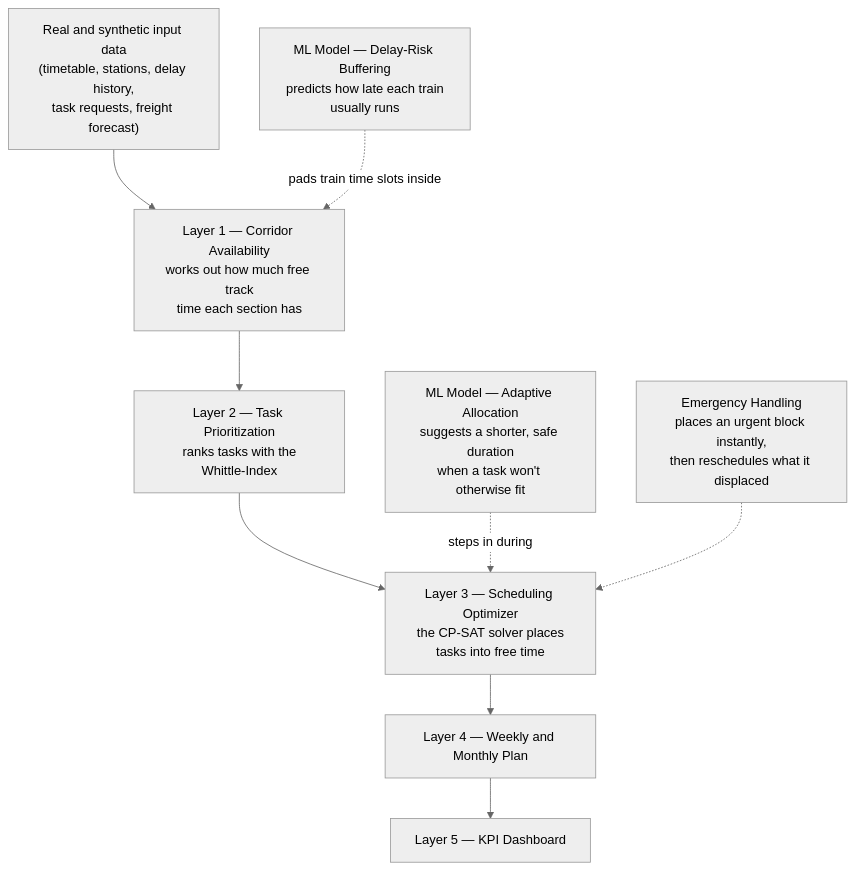
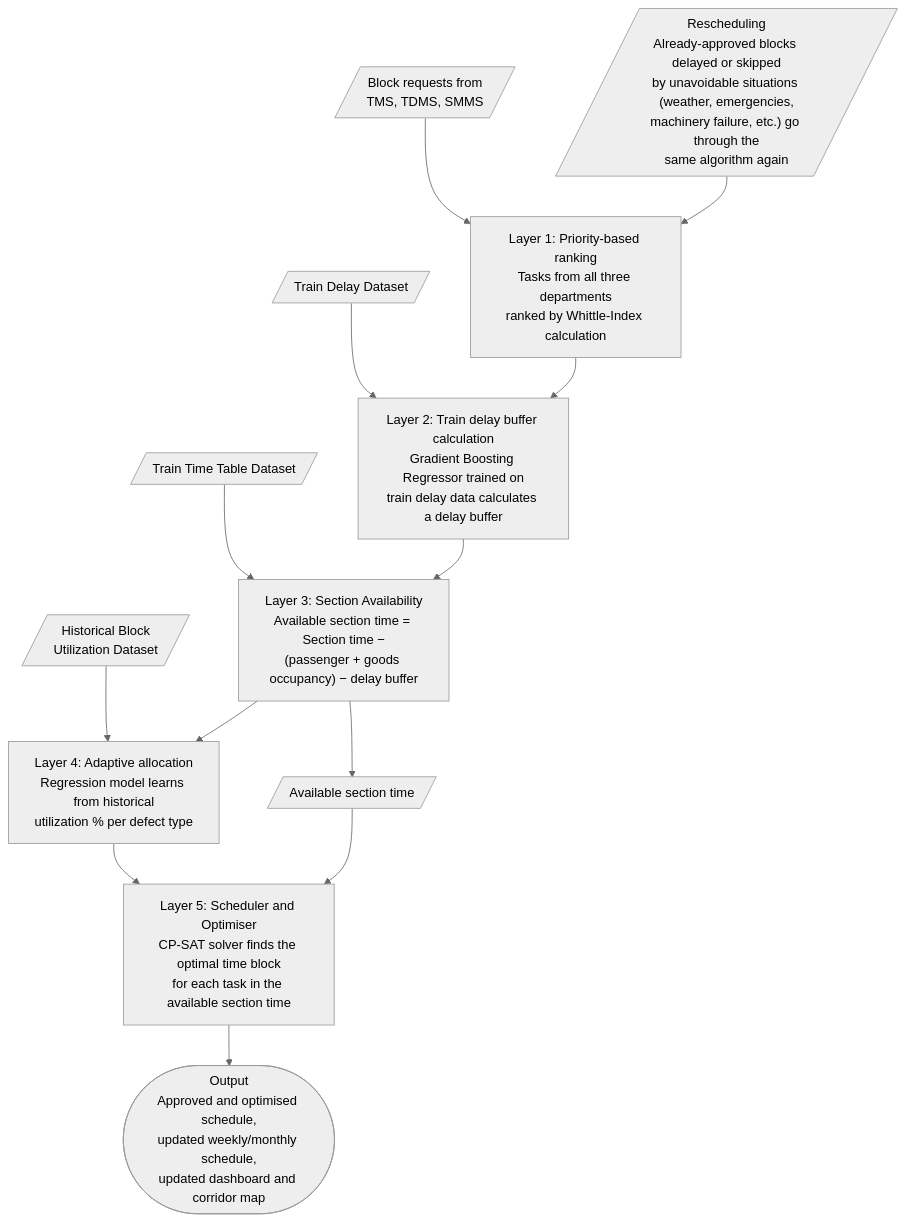
One commit to sairam-s21/Cookies4U_SIH26027 changed the diagram in README.md. Above: the diagram before and after it, drawn with Mermaid (neutral theme). The commit also changed other lines of this file, not shown here.

Commit message:
Rewrite README workflow diagram to match the PPT, drop architecture section

````diff
--- a/README.md
+++ b/README.md
@@ -51,20 +51,27 @@
 ```mermaid
 flowchart TD
-    Data["Real and synthetic input data<br/>(timetable, stations, delay history,<br/>task requests, freight forecast)"]
+    D1[/"Block requests from<br/>TMS, TDMS, SMMS"/]
+    D2[/"Train Delay Dataset"/]
+    D3[/"Train Time Table Dataset"/]
+    D4[/"Historical Block<br/>Utilization Dataset"/]
+    D5[/"Available section time"/]
 
-    L1["Layer 1 — Corridor Availability<br/>works out how much free track<br/>time each section has"]
-    L2["Layer 2 — Task Prioritization<br/>ranks tasks with the<br/>Whittle-Index"]
-    L3["Layer 3 — Scheduling Optimizer<br/>the CP-SAT solver places<br/>tasks into free time"]
-    L4["Layer 4 — Weekly and Monthly Plan"]
-    L5["Layer 5 — KPI Dashboard"]
+    L1["Layer 1: Priority-based ranking<br/>Tasks from all three departments<br/>ranked by Whittle-Index calculation"]
+    L2["Layer 2: Train delay buffer calculation<br/>Gradient Boosting Regressor trained on<br/>train delay data calculates a delay buffer"]
+    L3["Layer 3: Section Availability<br/>Available section time = Section time −<br/>(passenger + goods occupancy) − delay buffer"]
+    L4["Layer 4: Adaptive allocation<br/>Regression model learns from historical<br/>utilization % per defect type"]
+    L5["Layer 5: Scheduler and Optimiser<br/>CP-SAT solver finds the optimal time block<br/>for each task in the available section time"]
 
-    ML1["ML Model — Delay-Risk Buffering<br/>predicts how late each train<br/>usually runs"]
-    ML2["ML Model — Adaptive Allocation<br/>suggests a shorter, safe duration<br/>when a task won't otherwise fit"]
+    R[/"Rescheduling<br/>Already-approved blocks delayed or skipped<br/>by unavoidable situations (weather, emergencies,<br/>machinery failure, etc.) go through the<br/>same algorithm again"/]
+    O(["Output<br/>Approved and optimised schedule,<br/>updated weekly/monthly schedule,<br/>updated dashboard and corridor map"])
 
-    Emergency["Emergency Handling<br/>places an urgent block instantly,<br/>then reschedules what it displaced"]
+    D1 --> L1
+    D2 --> L2
+    D3 --> L3
+    D4 --> L4
 
-    Data --> L1 --> L2 --> L3 --> L4 --> L5
-    ML1 -.pads train time slots inside.-> L1
-    ML2 -.steps in during.-> L3
-    Emergency -.-> L3
+    L1 --> L2 --> L3 --> L4 --> L5
+    L3 --> D5 --> L5
+    R --> L1
+    L5 --> O
 ```
````
